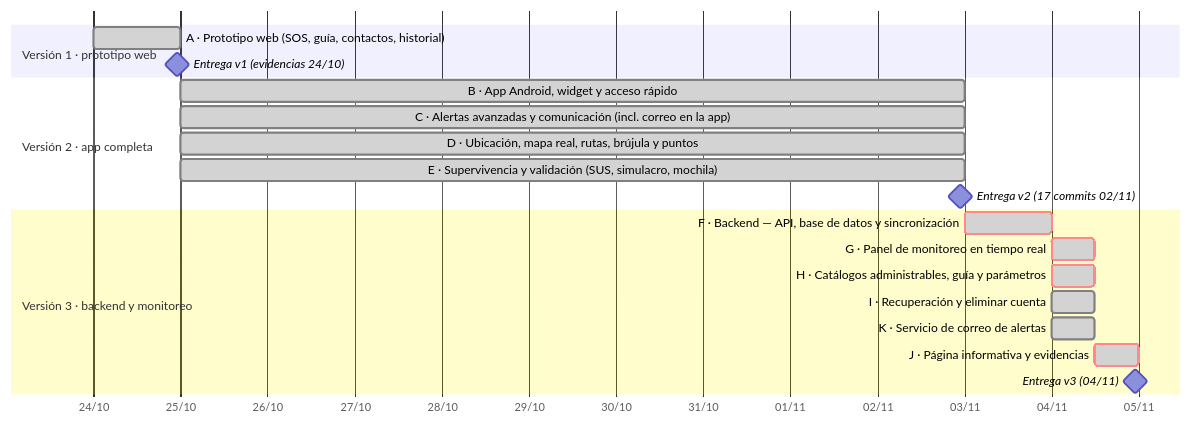
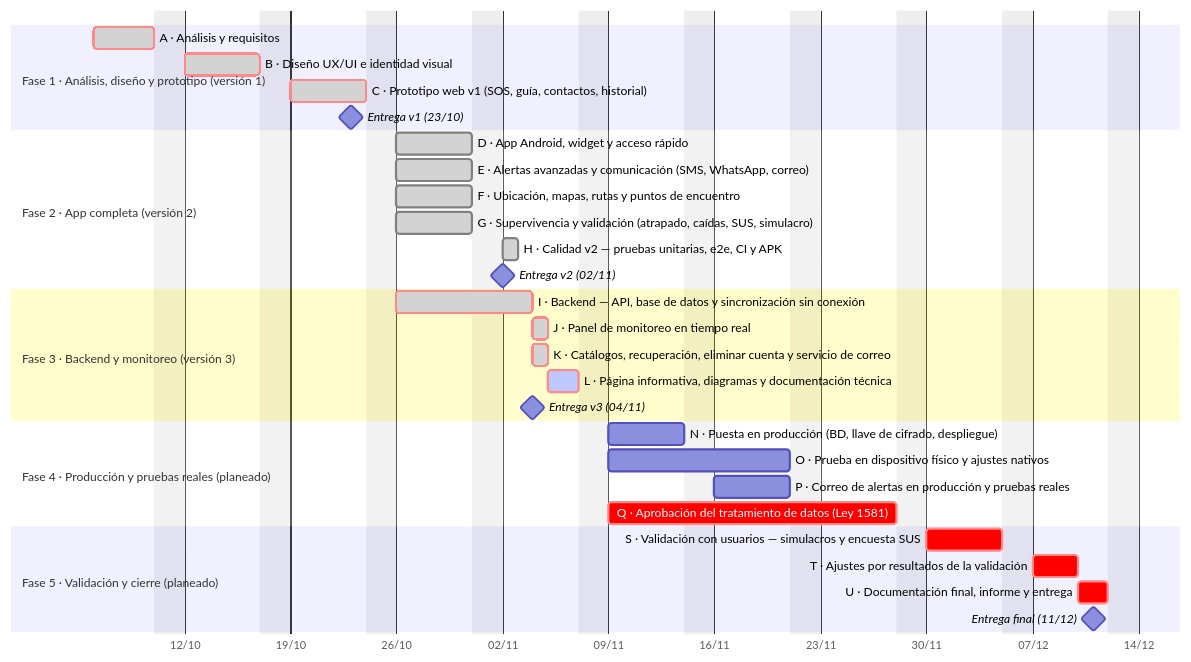
One commit to Davidhunter13/Sismo_front changed the diagram in screenshots/segunda_entrega/diagramas/fuentes/4-planificacion-y-tiempos/15-gantt.mmd. Above: the diagram before and after it, drawn with Mermaid. The commit also changed 12 other files, not shown here.

```diff
--- a/screenshots/segunda_entrega/diagramas/fuentes/4-planificacion-y-tiempos/15-gantt.mmd
+++ b/screenshots/segunda_entrega/diagramas/fuentes/4-planificacion-y-tiempos/15-gantt.mmd
@@ -1,22 +1,35 @@
-%% title: Diagrama de Gantt — desarrollo de SISMO (24/10/2026 – 04/11/2026)
+%% title: Diagrama de Gantt — SISMO (06/10/2026 – 11/12/2026) · días hábiles
 gantt
-  dateFormat YYYY-MM-DD HH:mm
+  dateFormat YYYY-MM-DD
   axisFormat %d/%m
-  todayMarker off
-  section Versión 1 · prototipo web
-    A · Prototipo web (SOS, guía, contactos, historial)        :done, a, 2026-10-24 00:00, 1d
-    Entrega v1 (evidencias 24/10)                               :milestone, m1, 2026-10-24 23:00, 0d
-  section Versión 2 · app completa
-    B · App Android, widget y acceso rápido                     :done, b, 2026-10-25 00:00, 9d
-    C · Alertas avanzadas y comunicación (incl. correo en la app) :done, c, 2026-10-25 00:00, 9d
-    D · Ubicación, mapa real, rutas, brújula y puntos           :done, d, 2026-10-25 00:00, 9d
-    E · Supervivencia y validación (SUS, simulacro, mochila)    :done, e, 2026-10-25 00:00, 9d
-    Entrega v2 (17 commits 02/11)                               :milestone, m2, 2026-11-02 23:00, 0d
-  section Versión 3 · backend y monitoreo
-    F · Backend — API, base de datos y sincronización           :done, crit, f, 2026-11-03 00:00, 1d
-    G · Panel de monitoreo en tiempo real                       :done, crit, g, 2026-11-04 00:00, 12h
-    H · Catálogos administrables, guía y parámetros             :done, crit, h, 2026-11-04 00:00, 12h
-    I · Recuperación y eliminar cuenta                          :done, i, 2026-11-04 00:00, 12h
-    K · Servicio de correo de alertas                           :done, k, 2026-11-04 00:00, 12h
-    J · Página informativa y evidencias                         :done, crit, j, 2026-11-04 12:00, 12h
-    Entrega v3 (04/11)                                          :milestone, m3, 2026-11-04 23:00, 0d
+  excludes weekends
+  tickInterval 1week
+  weekday monday
+  section Fase 1 · Análisis, diseño y prototipo (versión 1)
+    A · Análisis y requisitos :done, crit, a, 2026-10-06, 4d
+    B · Diseño UX/UI e identidad visual :done, crit, b, 2026-10-12, 5d
+    C · Prototipo web v1 (SOS, guía, contactos, historial) :done, crit, c, 2026-10-19, 5d
+    Entrega v1 (23/10) :milestone, mc, 2026-10-23, 0d
+  section Fase 2 · App completa (versión 2)
+    D · App Android, widget y acceso rápido :done, d, 2026-10-26, 5d
+    E · Alertas avanzadas y comunicación (SMS, WhatsApp, correo) :done, e, 2026-10-26, 5d
+    F · Ubicación, mapas, rutas y puntos de encuentro :done, f, 2026-10-26, 5d
+    G · Supervivencia y validación (atrapado, caídas, SUS, simulacro) :done, g, 2026-10-26, 5d
+    H · Calidad v2 — pruebas unitarias, e2e, CI y APK :done, h, 2026-11-02, 1d
+    Entrega v2 (02/11) :milestone, mh, 2026-11-02, 0d
+  section Fase 3 · Backend y monitoreo (versión 3)
+    I · Backend — API, base de datos y sincronización sin conexión :done, crit, i, 2026-10-26, 7d
+    J · Panel de monitoreo en tiempo real :done, crit, j, 2026-11-04, 1d
+    K · Catálogos, recuperación, eliminar cuenta y servicio de correo :done, crit, k, 2026-11-04, 1d
+    L · Página informativa, diagramas y documentación técnica :active, crit, l, 2026-11-05, 2d
+    Entrega v3 (04/11) :milestone, ml, 2026-11-04, 0d
+  section Fase 4 · Producción y pruebas reales (planeado)
+    N · Puesta en producción (BD, llave de cifrado, despliegue) :n, 2026-11-09, 5d
+    O · Prueba en dispositivo físico y ajustes nativos :o, 2026-11-09, 10d
+    P · Correo de alertas en producción y pruebas reales :p, 2026-11-16, 5d
+    Q · Aprobación del tratamiento de datos (Ley 1581) :crit, q, 2026-11-09, 15d
+  section Fase 5 · Validación y cierre (planeado)
+    S · Validación con usuarios — simulacros y encuesta SUS :crit, s, 2026-11-30, 5d
+    T · Ajustes por resultados de la validación :crit, t, 2026-12-07, 3d
+    U · Documentación final, informe y entrega :crit, u, 2026-12-10, 2d
+    Entrega final (11/12) :milestone, mu, 2026-12-11, 0d
```
